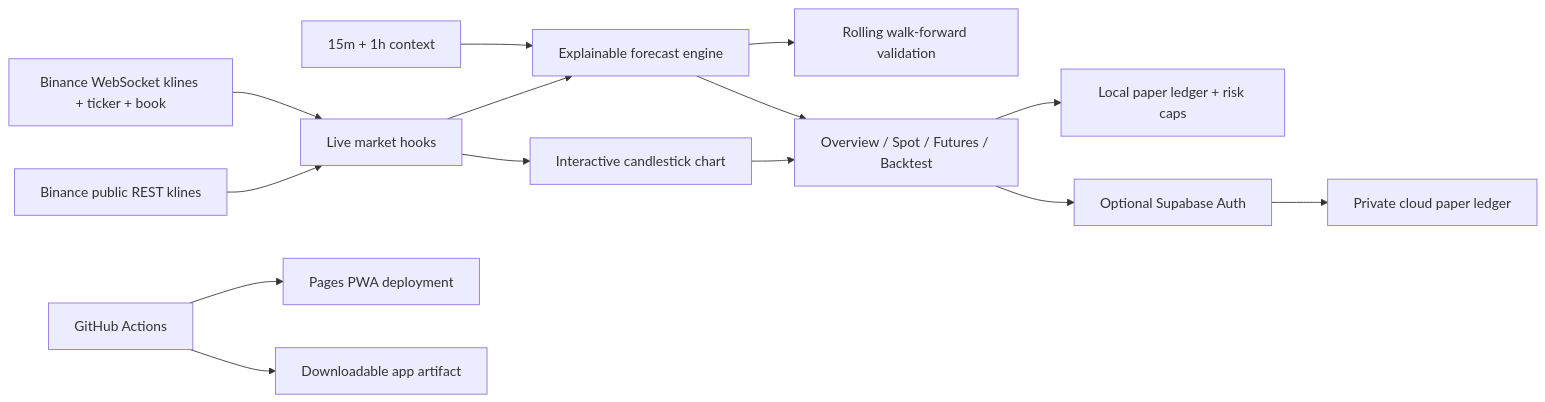
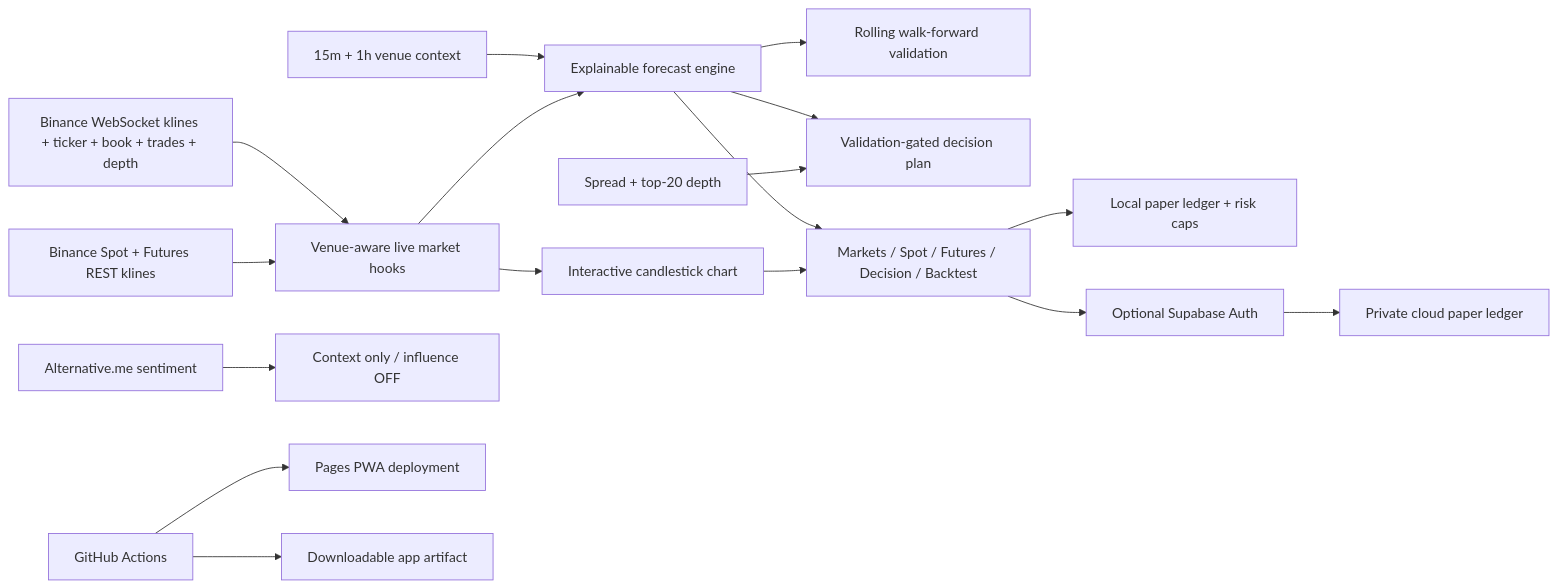
The diagram in docs/architecture.md (daniel-techAI/CryptoFuck), drawn with Mermaid before and after one commit. The commit also changed other lines of this file and 23 other files, not shown here.

````diff
--- a/docs/architecture.md
+++ b/docs/architecture.md
@@ -3,16 +3,19 @@
 ```mermaid
 flowchart LR
-  BinanceRest[Binance public REST klines] --> LiveStore[Live market hooks]
-  BinanceWs[Binance WebSocket klines + ticker + book] --> LiveStore
+  BinanceRest[Binance Spot + Futures REST klines] --> LiveStore[Venue-aware live market hooks]
+  BinanceWs[Binance WebSocket klines + ticker + book + trades + depth] --> LiveStore
   LiveStore --> Chart[Interactive candlestick chart]
   LiveStore --> Forecast[Explainable forecast engine]
   Forecast --> Validation[Rolling walk-forward validation]
-  Context[15m + 1h context] --> Forecast
-  Chart --> Tabs[Overview / Spot / Futures / Backtest]
+  Context[15m + 1h venue context] --> Forecast
+  Micro[Spread + top-20 depth] --> Decision[Validation-gated decision plan]
+  Sentiment[Alternative.me sentiment] --> Facts[Context only / influence OFF]
+  Forecast --> Decision
+  Chart --> Tabs[Markets / Spot / Futures / Decision / Backtest]
   Forecast --> Tabs
   Tabs --> LocalPaper[Local paper ledger + risk caps]
   Tabs --> Auth[Optional Supabase Auth]
   Auth --> CloudPaper[Private cloud paper ledger]
   Actions[GitHub Actions] --> Pages[Pages PWA deployment]
   Actions --> Package[Downloadable app artifact]
 ```
````
